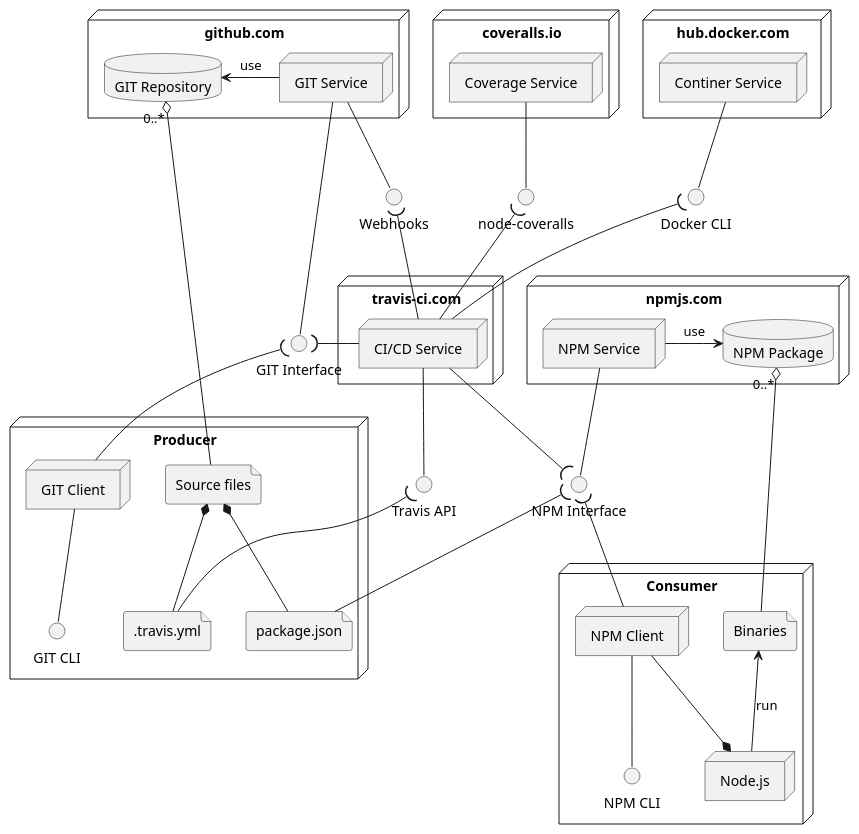
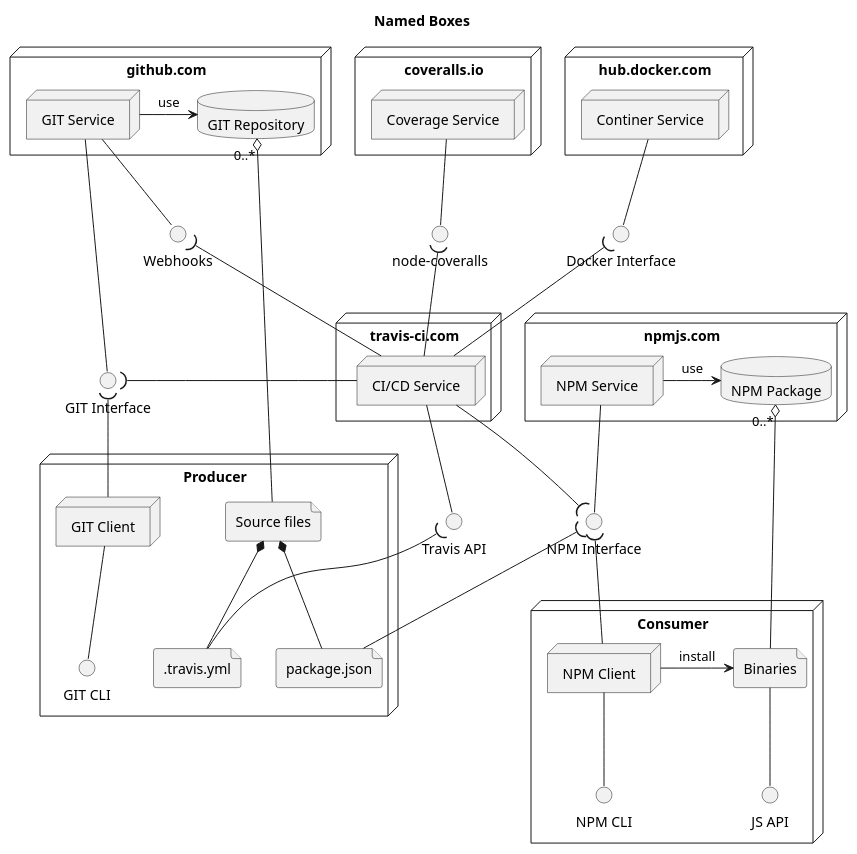
The fourth of 5 diagrams in uml/cli.puml (imazzine/design), drawn with PlantUML before and after one commit. The commit also changed other lines of this file and 7 other files, not shown here.

```diff
--- a/uml/cli.puml
+++ b/uml/cli.puml
@@ -77,78 +113,76 @@
 @startuml named_boxes
+    title Named Boxes
     
     node "github.com" as GITServer {
         database "GIT Repository" as GITRepo
         node "GIT Service" as GITService
         GITRepo <- GITService: use
     }
     interface "Webhooks" as Webhooks
     interface "GIT Interface" as GITInterface
     GITService -- Webhooks
     GITService -- GITInterface
     
     node "npmjs.com" as NPMServer {
         node "NPM Service" as NPMService
         database "NPM Package" as NPMPackage
         NPMService -> NPMPackage: use
     }
     interface "NPM Interface" as NPMInterface
     NPMService -- NPMInterface
 
     node "travis-ci.com" as CICDServer {
         node "CI/CD Service" as CICDService
     }
     interface "Travis API" as CICDInterface
     CICDService -- CICDInterface
     Webhooks )-- CICDService
     GITInterface )- CICDService
     CICDService --( NPMInterface
 
     node "hub.docker.com" as ContainerServer {
         node "Continer Service" as ContainerService
     }
-    interface "Docker CLI" as ContainerInterface
+    interface "Docker Interface" as ContainerInterface
     ContainerService -- ContainerInterface
     ContainerInterface )-- CICDService
     
     node "coveralls.io" as CoverageServer {
         node "Coverage Service" as CoverageService
     }
     interface "node-coveralls" as CoverageInterface
     CoverageService -- CoverageInterface
     CoverageInterface )-- CICDService
     
     node "Producer" as Producer {
         node "GIT Client" as GITClient
         interface "GIT CLI" as GIT_CLI
         GITClient -- GIT_CLI
 
-        ' node "NPM Client" as NPMClientP
-        ' interface "NPM CLI" as NPM_CLI_P
-        ' NPMInterface -- NPMClientP 
-        ' NPMClientP -- NPM_CLI_P
-
         file "Source files" as Sources
         file ".travis.yml" as CICDConf
         file "package.json" as NPMConfig
+        ' file "Dockerfile" as DockerCongig
         GITRepo "0..*" o-- Sources
         Sources *-- CICDConf
         Sources *-- NPMConfig
+        ' Sources *-- DockerCongig
         GITInterface )-- GITClient
         CICDInterface )-- CICDConf
         NPMInterface )-- NPMConfig
+        ' ContainerInterface )-- DockerCongig
     }
 
     node "Consumer" as Consumer {
-        node "NPM Client" as NPMClientC
+        node "NPM Client" as NPMClient
         interface "NPM CLI" as BIN
-        NPMInterface )-- NPMClientC
-        NPMClientC -- BIN
-
-        node "Node.js" as NodeJS
-        NPMClientC --* NodeJS
+        NPMInterface )-- NPMClient
+        NPMClient -- BIN
 
         file "Binaries" as Binaries
+        interface "JS API" as API
         NPMPackage "0..*" o-- Binaries
-        Binaries <-- NodeJS: run
+        NPMClient -> Binaries: install
+        Binaries -- API
     }
 @enduml
```
